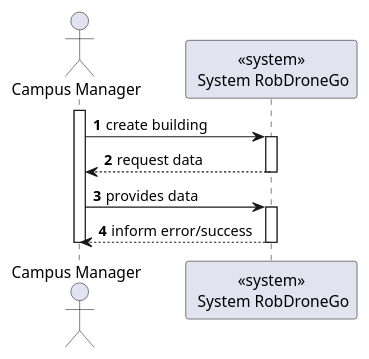
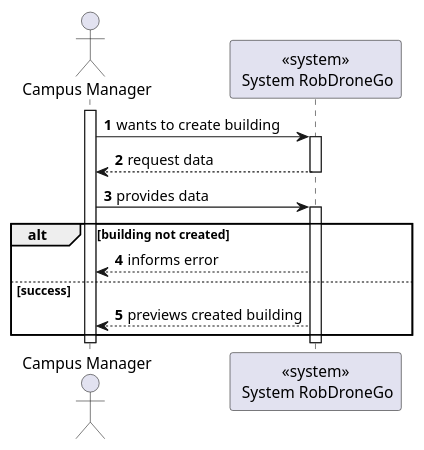
One commit to Departamento-de-Engenharia-Informatica/lapr5-23-24-g19 changed the diagram in docs/us1050/level1/process-view.puml. Above: the diagram before and after it, drawn with PlantUML. The commit also changed 5 other files, not shown here.

```diff
--- a/docs/us1050/level1/process-view.puml
+++ b/docs/us1050/level1/process-view.puml
@@ -1,20 +1,24 @@
 @startuml
 autonumber
 
 actor "Campus Manager" as usr
 
 participant "<<system>>\n System RobDroneGo" as sys
 
 activate usr
-    usr -> sys : create building
+    usr -> sys : wants to create building
     activate sys
         sys --> usr : request data
     deactivate sys
 
     usr -> sys : provides data
     activate sys
-        sys --> usr : inform error/success
+        alt building not created
+            sys --> usr : informs error
+        else success
+            sys --> usr : previews created building
+    end
     deactivate sys
 deactivate usr
 
 @enduml
```
